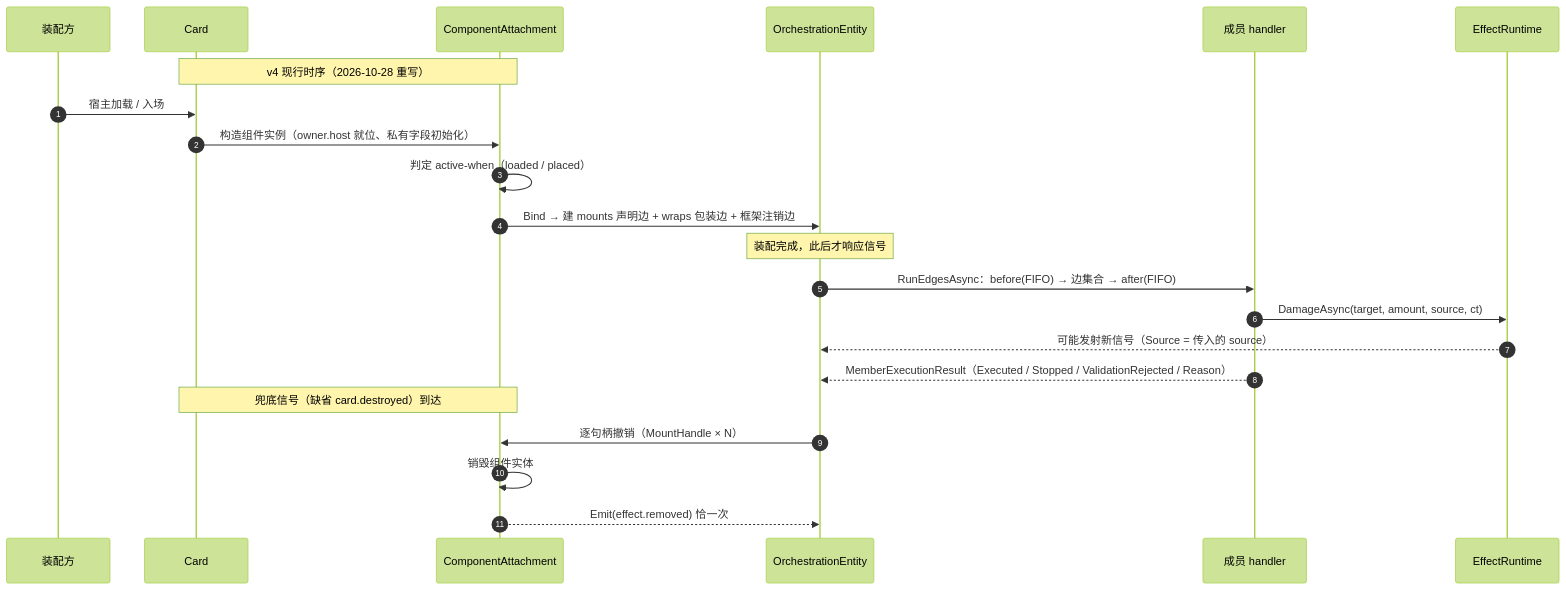
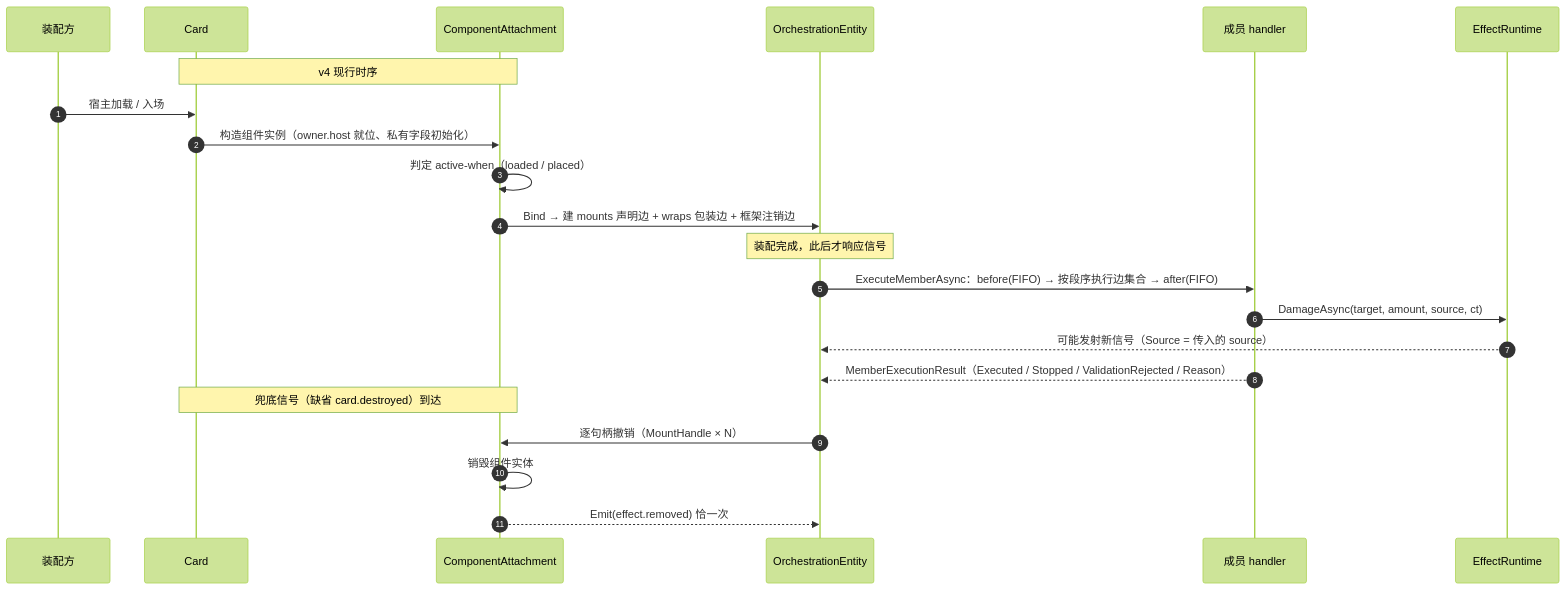
Before and after one commit to hitman-OLD6/OrC-KSD: the first of 2 diagrams in docs/卡牌DIY开发文档/01-效果原理.md, drawn with Mermaid (forest theme). The commit also changed other lines of this file and 29 other files, not shown here.

````diff
--- a/docs/卡牌DIY开发文档/01-效果原理.md
+++ b/docs/卡牌DIY开发文档/01-效果原理.md
@@ -94,25 +73,25 @@
 ```mermaid
 sequenceDiagram
     autonumber
     participant U as 装配方
     participant C as Card
     participant A as ComponentAttachment
     participant O as OrchestrationEntity
     participant H as 成员 handler
     participant R as EffectRuntime
 
-    Note over C,A: v4 现行时序（2026-10-28 重写）
+    Note over C,A: v4 现行时序
     U->>C: 宿主加载 / 入场
     C->>A: 构造组件实例（owner.host 就位、私有字段初始化）
     A->>A: 判定 active-when（loaded / placed）
     A->>O: Bind → 建 mounts 声明边 + wraps 包装边 + 框架注销边
     Note over O: 装配完成，此后才响应信号
-    O->>H: RunEdgesAsync：before(FIFO) → 边集合 → after(FIFO)
+    O->>H: ExecuteMemberAsync：before(FIFO) → 按段序执行边集合 → after(FIFO)
     H->>R: DamageAsync(target, amount, source, ct)
     R-->>O: 可能发射新信号（Source = 传入的 source）
     H-->>O: MemberExecutionResult（Executed / Stopped / ValidationRejected / Reason）
     Note over C,A: 兜底信号（缺省 card.destroyed）到达
     O->>A: 逐句柄撤销（MountHandle × N）
     A->>A: 销毁组件实体
     A-->>O: Emit(effect.removed) 恰一次
 ```
````
